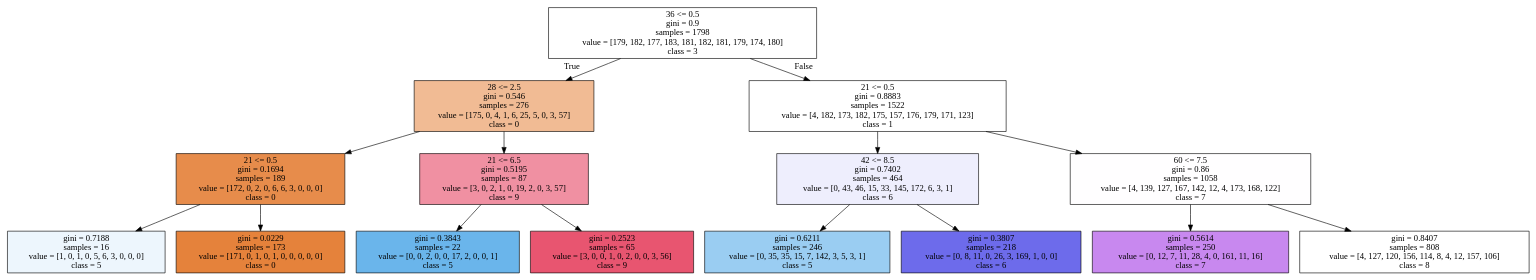
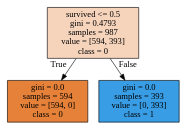
Before and after one commit to abbyschantz/cs35: the diagram in hw5/tree3.dot, drawn with Graphviz. The commit also changed 6 other files, not shown here.

```diff
--- a/hw5/tree3.dot
+++ b/hw5/tree3.dot
@@ -1,37 +1,11 @@
 digraph Tree {
 node [shape=box, style="filled", color="black"] ;
 graph [ranksep=equally, splines=polyline] ;
-0 [label="36 <= 0.5\ngini = 0.9\nsamples = 1798\nvalue = [179, 182, 177, 183, 181, 182, 181, 179, 174, 180]\nclass = 3", fillcolor="#39e55e00"] ;
-1 [label="28 <= 2.5\ngini = 0.546\nsamples = 276\nvalue = [175, 0, 4, 1, 6, 25, 5, 0, 3, 57]\nclass = 0", fillcolor="#e5813989"] ;
+0 [label="survived <= 0.5\ngini = 0.4793\nsamples = 987\nvalue = [594, 393]\nclass = 0", fillcolor="#e5813956"] ;
+1 [label="gini = 0.0\nsamples = 594\nvalue = [594, 0]\nclass = 0", fillcolor="#e58139ff"] ;
 0 -> 1 [labeldistance=2.5, labelangle=45, headlabel="True"] ;
-2 [label="21 <= 0.5\ngini = 0.1694\nsamples = 189\nvalue = [172, 0, 2, 0, 6, 6, 3, 0, 0, 0]\nclass = 0", fillcolor="#e58139e7"] ;
-1 -> 2 ;
-3 [label="gini = 0.7188\nsamples = 16\nvalue = [1, 0, 1, 0, 5, 6, 3, 0, 0, 0]\nclass = 5", fillcolor="#399de517"] ;
-2 -> 3 ;
-4 [label="gini = 0.0229\nsamples = 173\nvalue = [171, 0, 1, 0, 1, 0, 0, 0, 0, 0]\nclass = 0", fillcolor="#e58139fc"] ;
-2 -> 4 ;
-5 [label="21 <= 6.5\ngini = 0.5195\nsamples = 87\nvalue = [3, 0, 2, 1, 0, 19, 2, 0, 3, 57]\nclass = 9", fillcolor="#e539588e"] ;
-1 -> 5 ;
-6 [label="gini = 0.3843\nsamples = 22\nvalue = [0, 0, 2, 0, 0, 17, 2, 0, 0, 1]\nclass = 5", fillcolor="#399de5bf"] ;
-5 -> 6 ;
-7 [label="gini = 0.2523\nsamples = 65\nvalue = [3, 0, 0, 1, 0, 2, 0, 0, 3, 56]\nclass = 9", fillcolor="#e53958da"] ;
-5 -> 7 ;
-8 [label="21 <= 0.5\ngini = 0.8883\nsamples = 1522\nvalue = [4, 182, 173, 182, 175, 157, 176, 179, 171, 123]\nclass = 1", fillcolor="#e2e53900"] ;
-0 -> 8 [labeldistance=2.5, labelangle=-45, headlabel="False"] ;
-9 [label="42 <= 8.5\ngini = 0.7402\nsamples = 464\nvalue = [0, 43, 46, 15, 33, 145, 172, 6, 3, 1]\nclass = 6", fillcolor="#3c39e516"] ;
-8 -> 9 ;
-10 [label="gini = 0.6211\nsamples = 246\nvalue = [0, 35, 35, 15, 7, 142, 3, 5, 3, 1]\nclass = 5", fillcolor="#399de581"] ;
-9 -> 10 ;
-11 [label="gini = 0.3807\nsamples = 218\nvalue = [0, 8, 11, 0, 26, 3, 169, 1, 0, 0]\nclass = 6", fillcolor="#3c39e5be"] ;
-9 -> 11 ;
-12 [label="60 <= 7.5\ngini = 0.86\nsamples = 1058\nvalue = [4, 139, 127, 167, 142, 12, 4, 173, 168, 122]\nclass = 7", fillcolor="#a339e501"] ;
-8 -> 12 ;
-13 [label="gini = 0.5614\nsamples = 250\nvalue = [0, 12, 7, 11, 28, 4, 0, 161, 11, 16]\nclass = 7", fillcolor="#a339e599"] ;
-12 -> 13 ;
-14 [label="gini = 0.8407\nsamples = 808\nvalue = [4, 127, 120, 156, 114, 8, 4, 12, 157, 106]\nclass = 8", fillcolor="#e539c000"] ;
-12 -> 14 ;
+2 [label="gini = 0.0\nsamples = 393\nvalue = [0, 393]\nclass = 1", fillcolor="#399de5ff"] ;
+0 -> 2 [labeldistance=2.5, labelangle=-45, headlabel="False"] ;
 {rank=same ; 0} ;
-{rank=same ; 1; 8} ;
-{rank=same ; 2; 5; 9; 12} ;
-{rank=same ; 3; 4; 6; 7; 10; 11; 13; 14} ;
+{rank=same ; 1; 2} ;
 }
```
